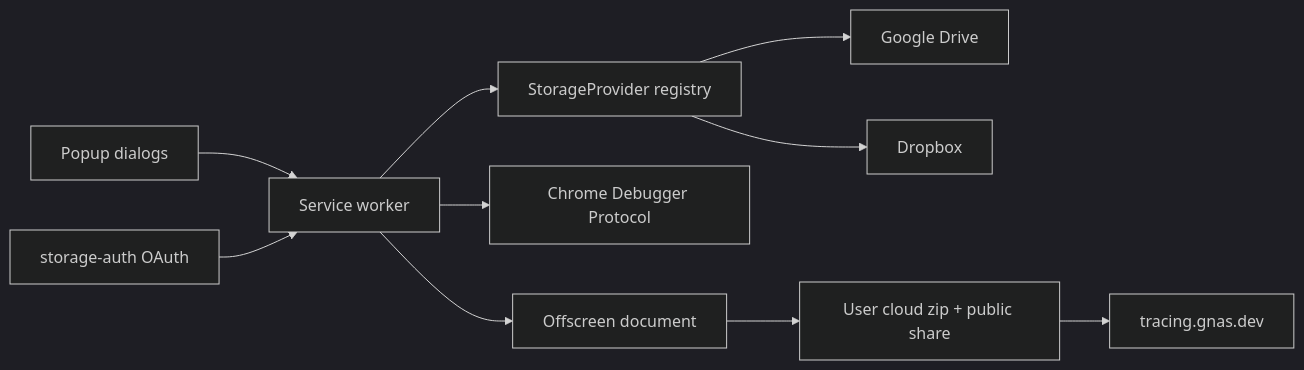
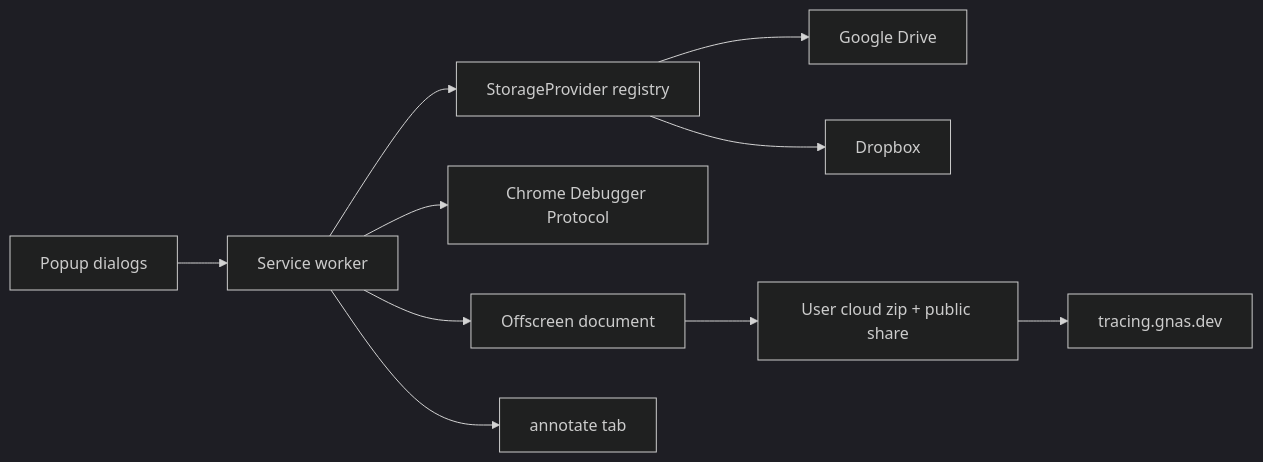
One commit to gnasdev/gn-tracing changed the diagram in DEVELOPER.md. Above: the diagram before and after it, drawn with Mermaid (dark theme). The commit also changed other lines of this file and 100 other files, not shown here.

````diff
--- a/DEVELOPER.md
+++ b/DEVELOPER.md
@@ -41,12 +38,12 @@
 ```mermaid
 flowchart LR
   Popup["Popup dialogs"] --> SW["Service worker"]
-  StorageAuth["storage-auth OAuth"] --> SW
   SW --> Registry["StorageProvider registry"]
   Registry --> G["Google Drive"]
   Registry --> D["Dropbox"]
   SW --> CDP["Chrome Debugger Protocol"]
   SW --> Offscreen["Offscreen document"]
+  SW --> Annotate["annotate tab"]
   Offscreen --> Cloud["User cloud zip + public share"]
   Cloud --> Player["tracing.gnas.dev"]
 ```
````
